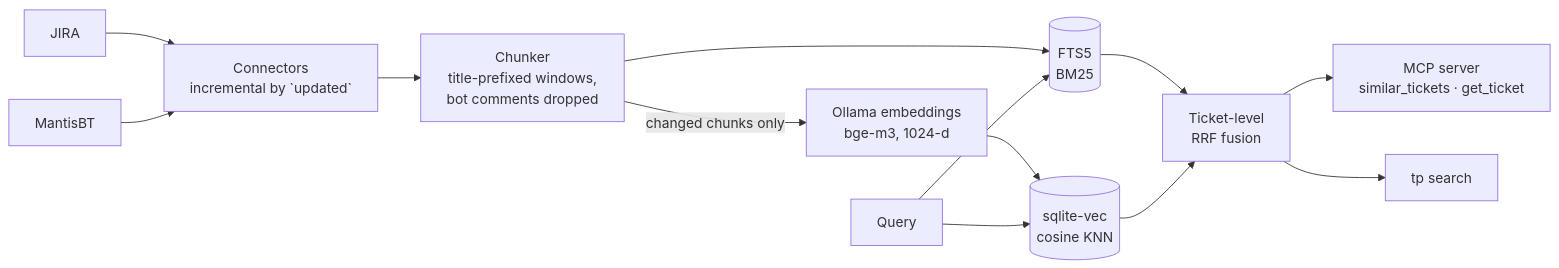
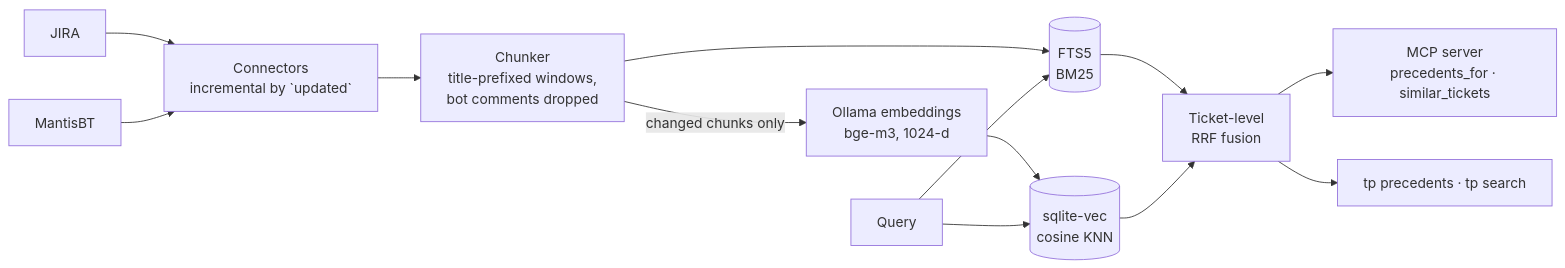
The diagram in README.md (bondie/ticket-precedent), drawn with Mermaid before and after one commit. The commit also changed other lines of this file and 8 other files, not shown here.

First line of the commit message:
feat: find precedents for an indexed ticket

````diff
--- a/README.md
+++ b/README.md
@@ -79,15 +227,15 @@
 ```mermaid
 flowchart LR
     J[JIRA] --> C[Connectors<br/>incremental by `updated`]
     M[MantisBT] --> C
     C --> K[Chunker<br/>title-prefixed windows,<br/>bot comments dropped]
     K -->|changed chunks only| E[Ollama embeddings<br/>bge-m3, 1024-d]
     K --> F[(FTS5<br/>BM25)]
     E --> V[(sqlite-vec<br/>cosine KNN)]
     Q[Query] --> F
     Q --> V
     F --> R[Ticket-level<br/>RRF fusion]
     V --> R
-    R --> MCP[MCP server<br/>similar_tickets · get_ticket]
-    R --> CLI[tp search]
+    R --> MCP[MCP server<br/>precedents_for · similar_tickets]
+    R --> CLI[tp precedents · tp search]
 ```
````
